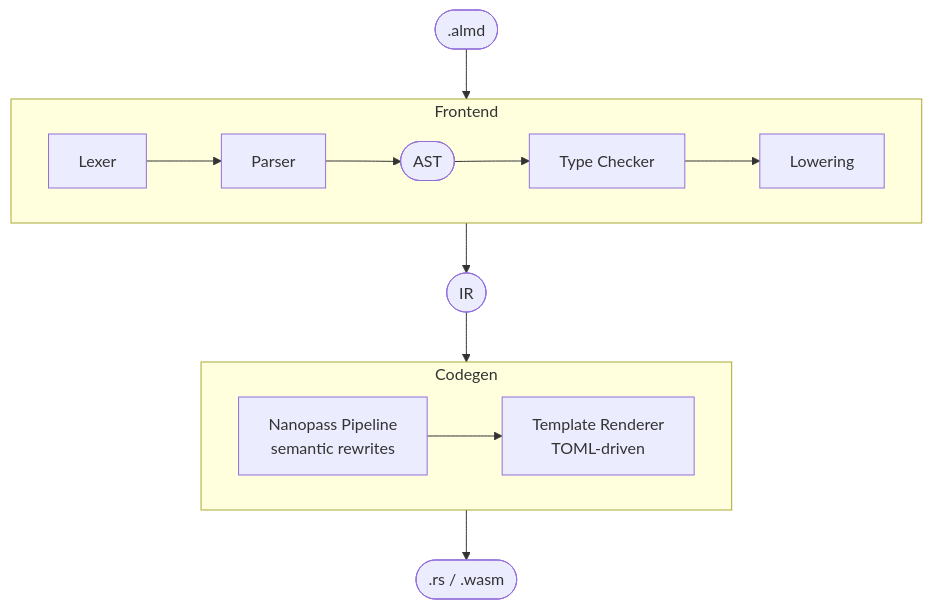
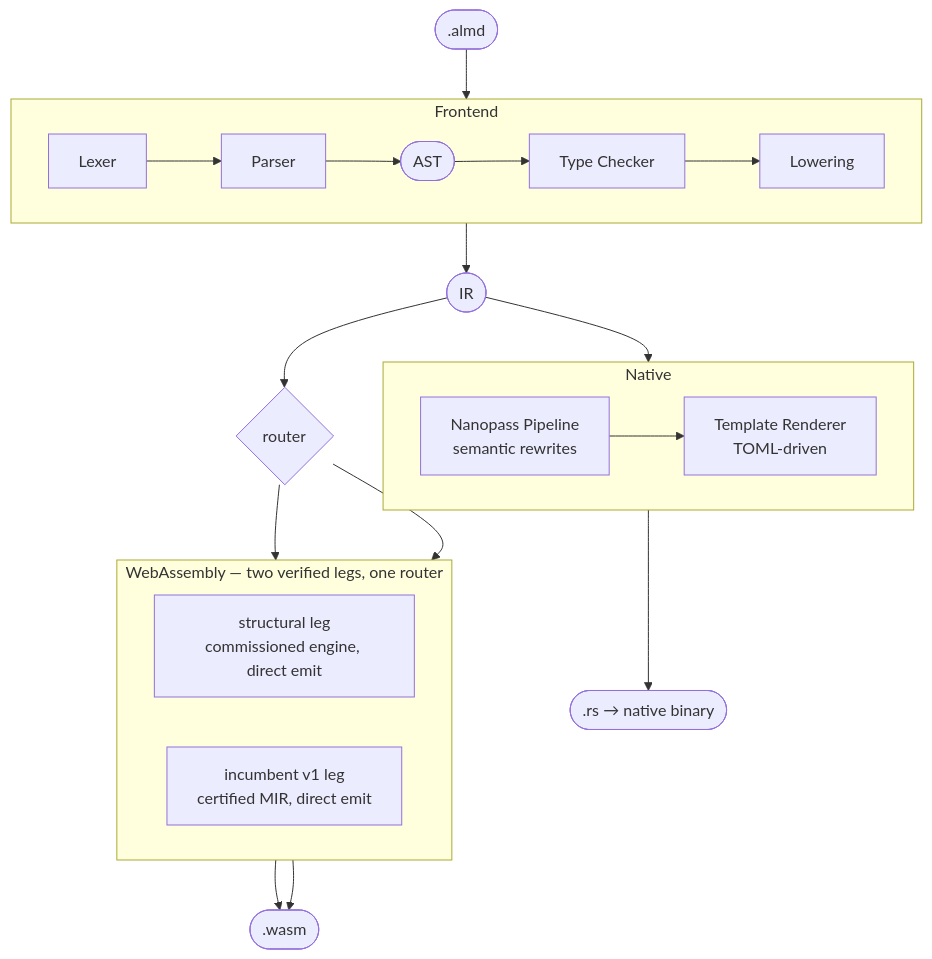
One commit to almide/almide changed the diagram in README.md. Above: the diagram before and after it, drawn with Mermaid. The commit also changed other lines of this file and 10 other files, not shown here.

Commit message:
Resync the README to the two-leg wasm engine and derive every count it quotes

````diff
--- a/README.md
+++ b/README.md
@@ -176,18 +189,30 @@
 ```mermaid
 flowchart TB
     SRC([".almd"])
 
     subgraph FE["Frontend"]
         direction LR
         LEX["Lexer"] --> PAR["Parser"] --> AST(["AST"]) --> CHK["Type Checker"] --> LOW["Lowering"]
     end
 
-    subgraph CG["Codegen"]
+    subgraph RS["Native"]
         direction LR
         NANO["Nanopass Pipeline<br/>semantic rewrites"] --> TMPL["Template Renderer<br/>TOML-driven"]
     end
 
+    subgraph WASM["WebAssembly — two verified legs, one router"]
+        direction LR
+        STRUCT["structural leg<br/>commissioned engine, direct emit"]
+        INCUMB["incumbent v1 leg<br/>certified MIR, direct emit"]
+    end
+
     SRC --> LEX
-    LOW --> IR(["IR"]) --> NANO
-    TMPL --> OUT([".rs / .wasm"])
+    LOW --> IR(["IR"])
+    IR --> NANO
+    IR --> ROUTER{"router"}
+    ROUTER --> STRUCT
+    ROUTER --> INCUMB
+    TMPL --> RSOUT([".rs → native binary"])
+    STRUCT --> WOUT([".wasm"])
+    INCUMB --> WOUT
 ```
````
